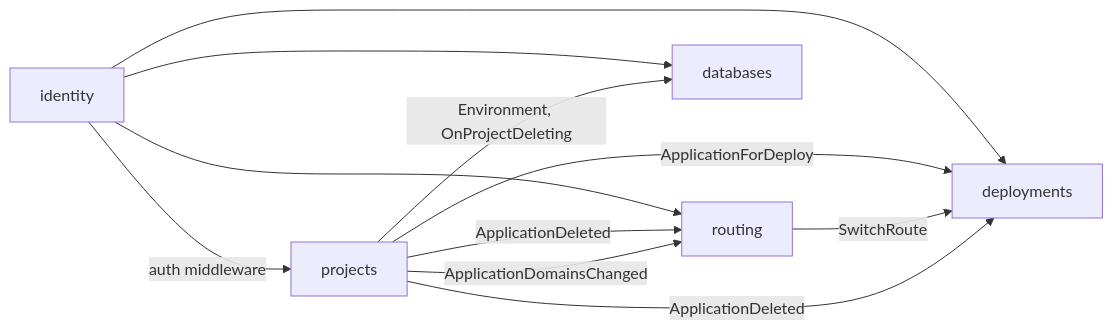
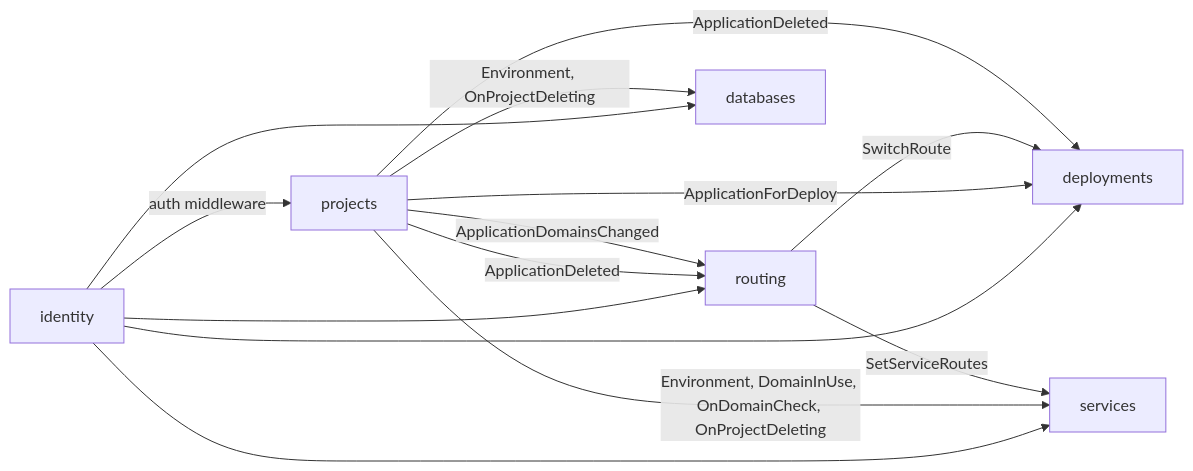
One commit to jevido/bakery changed the diagram in docs/domain/context-map.md. Above: the diagram before and after it, drawn with Mermaid. The commit also changed other lines of this file and 4 other files, not shown here.

First line of the commit message:
docs: services context, Components, Service variables and Service routes

````diff
--- a/docs/domain/context-map.md
+++ b/docs/domain/context-map.md
@@ -50,13 +53,16 @@
 ```mermaid
 flowchart LR
   identity -->|auth middleware| projects
   identity --> deployments
   identity --> routing
   projects -->|ApplicationForDeploy| deployments
   routing -->|SwitchRoute| deployments
   projects -->|ApplicationDeleted| routing
   projects -->|ApplicationDeleted| deployments
   projects -->|ApplicationDomainsChanged| routing
   identity --> databases
   projects -->|Environment, OnProjectDeleting| databases
+  identity --> services
+  projects -->|Environment, DomainInUse, OnDomainCheck, OnProjectDeleting| services
+  routing -->|SetServiceRoutes| services
 ```
````
